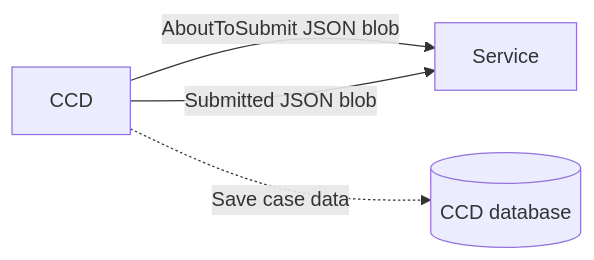
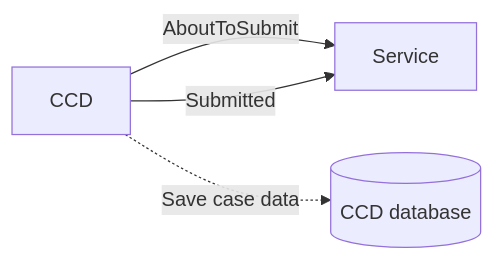
The first of 2 diagrams in docs/decentralisation-for-existing-services.md (hmcts/dtsse-ccd-config-generator), drawn with Mermaid before and after one commit. The commit also changed other lines of this file and 1 other file, not shown here.

````diff
--- a/docs/decentralisation-for-existing-services.md
+++ b/docs/decentralisation-for-existing-services.md
@@ -3,10 +6,10 @@
 ```mermaid
 graph LR
     CCDNode[CCD]
     ServiceNode[Service]
     CCDDatabase[(CCD database)]
 
-    CCDNode -- AboutToSubmit JSON blob --> ServiceNode
-    CCDNode -- Submitted JSON blob --> ServiceNode
+    CCDNode -- AboutToSubmit --> ServiceNode
+    CCDNode -- Submitted --> ServiceNode
     CCDNode -. Save case data .-> CCDDatabase
 ```
````
